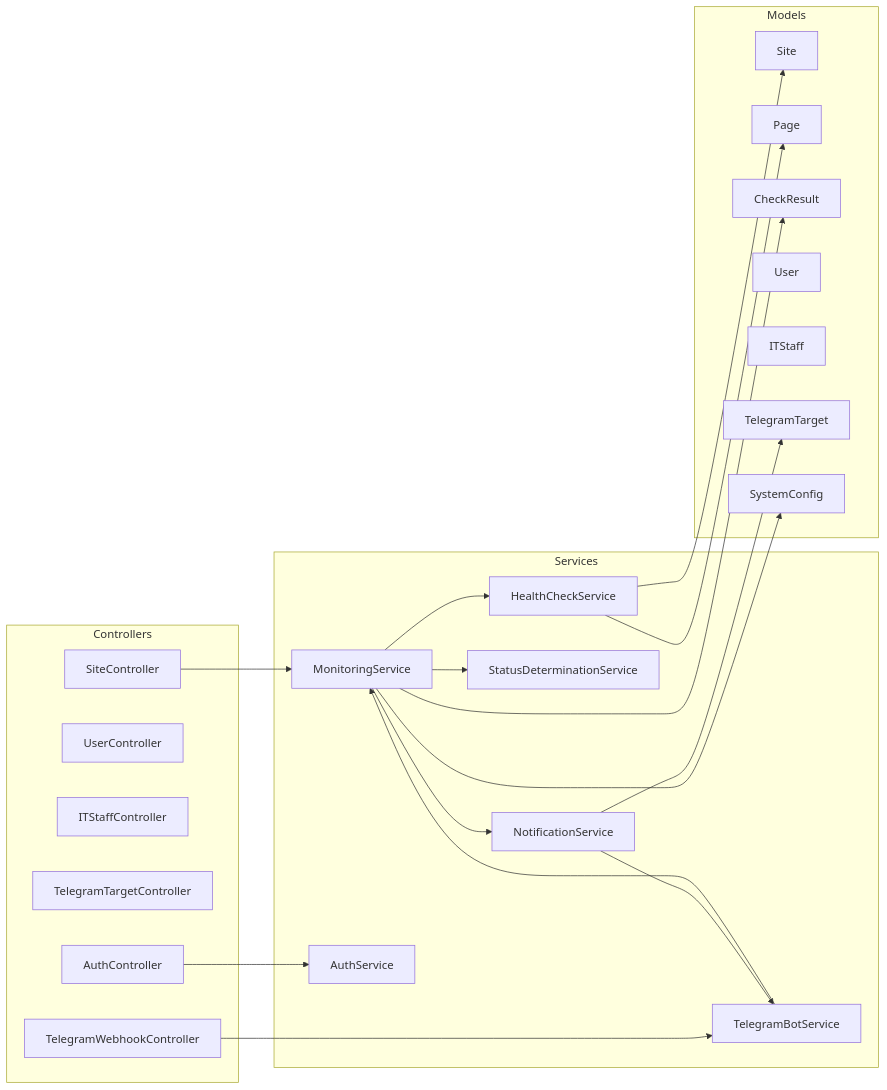
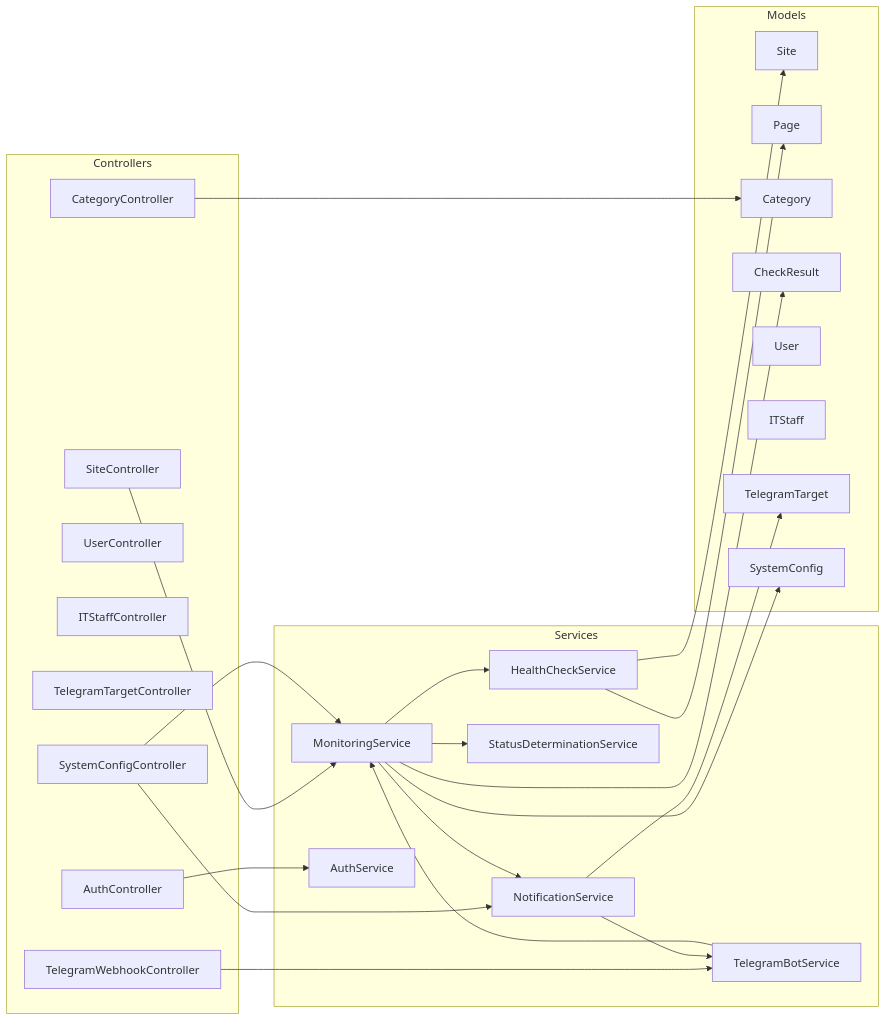
Before and after one commit to Lieterally/webstatus-v2: the third of 4 diagrams in .kiro/specs/webstatus-v2/design.md, drawn with Mermaid. The commit also changed other lines of this file and 5 other files, not shown here.

````diff
--- a/.kiro/specs/webstatus-v2/design.md
+++ b/.kiro/specs/webstatus-v2/design.md
@@ -397,45 +515,51 @@
 ```mermaid
 graph LR
     subgraph "Controllers"
         SiteCtrl[SiteController]
+        CatCtrl[CategoryController]
         UserCtrl[UserController]
         StaffCtrl[ITStaffController]
         TeleCtrl[TelegramTargetController]
         AuthCtrl[AuthController]
         BotCtrl[TelegramWebhookController]
+        ConfigCtrl[SystemConfigController]
     end
 
     subgraph "Services"
         MonSvc[MonitoringService]
         CheckSvc[HealthCheckService]
         StatusSvc[StatusDeterminationService]
         NotifSvc[NotificationService]
         BotSvc[TelegramBotService]
         AuthSvc[AuthService]
     end
 
     subgraph "Models"
         Site[Site]
         Page[Page]
+        Category[Category]
         CheckResult[CheckResult]
         User[User]
         Staff[ITStaff]
         Target[TelegramTarget]
         Config[SystemConfig]
     end
 
     SiteCtrl --> MonSvc
+    ConfigCtrl --> MonSvc
+    ConfigCtrl --> NotifSvc
     BotCtrl --> BotSvc
     BotSvc --> MonSvc
     MonSvc --> CheckSvc
     MonSvc --> StatusSvc
     MonSvc --> NotifSvc
     NotifSvc --> BotSvc
     AuthCtrl --> AuthSvc
 
     CheckSvc --> Site
     CheckSvc --> Page
+    CatCtrl --> Category
     MonSvc --> CheckResult
     MonSvc --> Config
     NotifSvc --> Target
 ```
````
